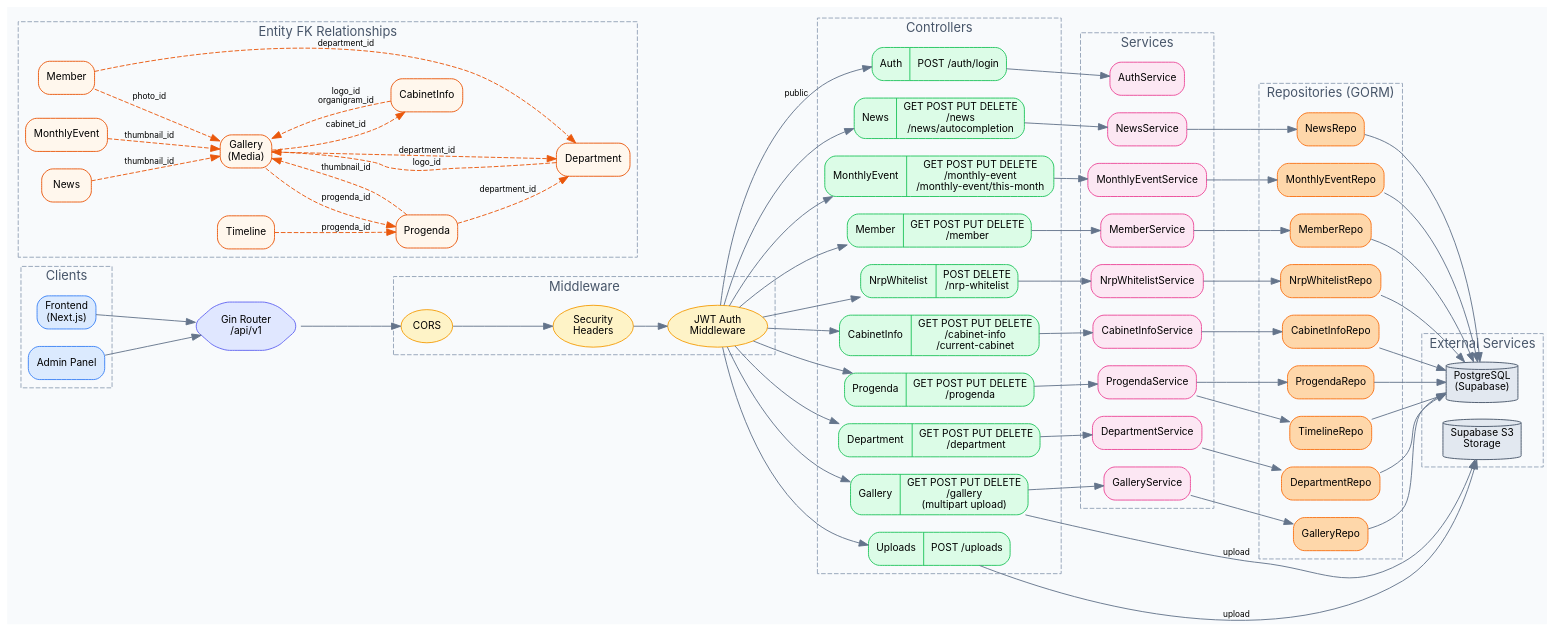
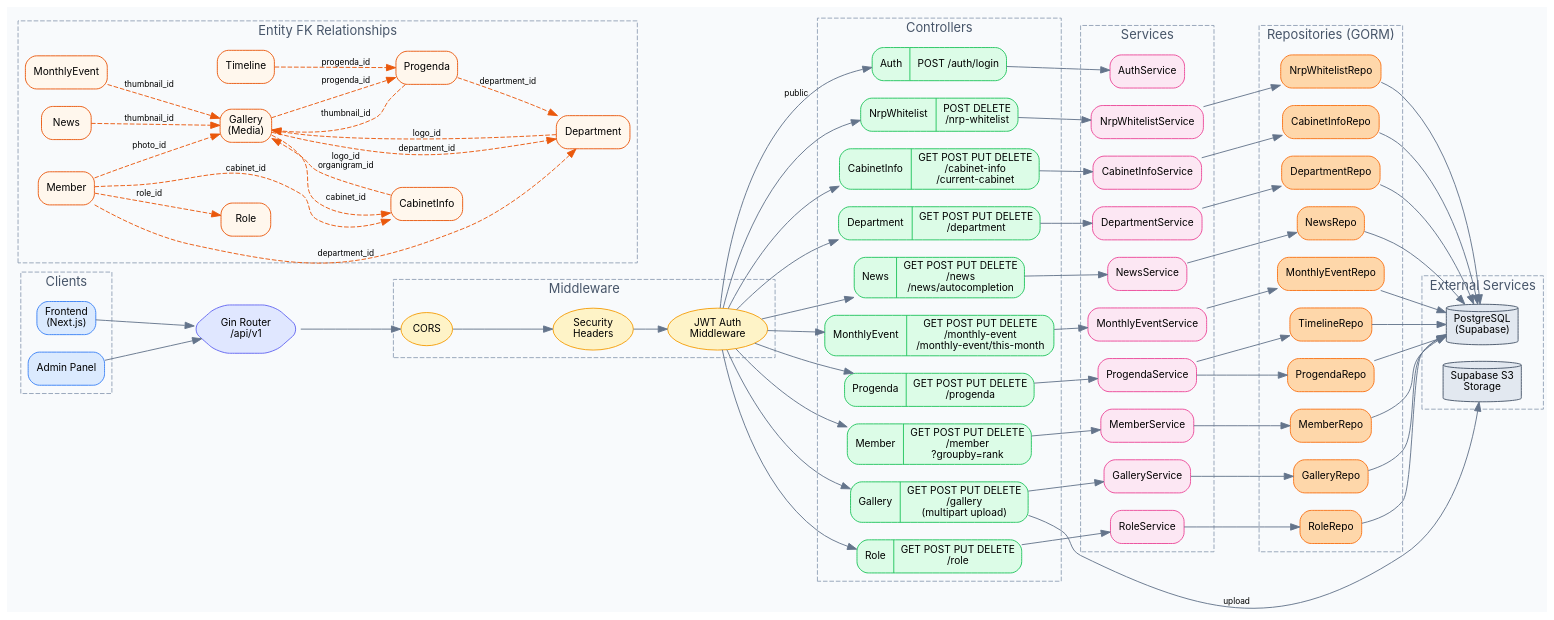
Before and after one commit to HIMASAKTA-DEV/himasakta-backend: the diagram in docs/api_flow.dot, drawn with Graphviz. The commit also changed 24 other files, not shown here.

```diff
--- a/docs/api_flow.dot
+++ b/docs/api_flow.dot
@@ -1,184 +1,191 @@
 digraph himasakta_api {
     rankdir=LR;
     bgcolor="#f8fafc";
     fontname="Inter";
     node [fontname="Inter", fontsize=11, style="filled,rounded", shape=record];
     edge [fontname="Inter", fontsize=9, color="#64748b"];
 
     // ── Clients ──
     subgraph cluster_clients {
         label="Clients";
         style="dashed";
         color="#94a3b8";
         fontcolor="#475569";
         
         frontend [label="Frontend\n(Next.js)", fillcolor="#dbeafe", color="#3b82f6"];
         admin [label="Admin Panel", fillcolor="#dbeafe", color="#3b82f6"];
     }
 
     // ── Middleware ──
     subgraph cluster_middleware {
         label="Middleware";
         style="dashed";
         color="#94a3b8";
         fontcolor="#475569";
 
         cors [label="CORS", fillcolor="#fef3c7", color="#f59e0b", shape=ellipse];
         auth_mw [label="JWT Auth\nMiddleware", fillcolor="#fef3c7", color="#f59e0b", shape=ellipse];
         security [label="Security\nHeaders", fillcolor="#fef3c7", color="#f59e0b", shape=ellipse];
     }
 
     // ── Router (Gin) ──
     router [label="Gin Router\n/api/v1", fillcolor="#e0e7ff", color="#6366f1", shape=hexagon];
 
     // ── Controllers ──
     subgraph cluster_controllers {
         label="Controllers";
         style="dashed";
         color="#94a3b8";
         fontcolor="#475569";
 
         auth_ctrl [label="{Auth|POST /auth/login}", fillcolor="#dcfce7", color="#22c55e"];
         cabinet_ctrl [label="{CabinetInfo|GET POST PUT DELETE\n/cabinet-info\n/current-cabinet}", fillcolor="#dcfce7", color="#22c55e"];
         dept_ctrl [label="{Department|GET POST PUT DELETE\n/department}", fillcolor="#dcfce7", color="#22c55e"];
         news_ctrl [label="{News|GET POST PUT DELETE\n/news\n/news/autocompletion}", fillcolor="#dcfce7", color="#22c55e"];
         monthly_ctrl [label="{MonthlyEvent|GET POST PUT DELETE\n/monthly-event\n/monthly-event/this-month}", fillcolor="#dcfce7", color="#22c55e"];
         progenda_ctrl [label="{Progenda|GET POST PUT DELETE\n/progenda}", fillcolor="#dcfce7", color="#22c55e"];
         gallery_ctrl [label="{Gallery|GET POST PUT DELETE\n/gallery\n(multipart upload)}", fillcolor="#dcfce7", color="#22c55e"];
-        member_ctrl [label="{Member|GET POST PUT DELETE\n/member}", fillcolor="#dcfce7", color="#22c55e"];
+        member_ctrl [label="{Member|GET POST PUT DELETE\n/member\n?groupby=rank}", fillcolor="#dcfce7", color="#22c55e"];
+        role_ctrl [label="{Role|GET POST PUT DELETE\n/role}", fillcolor="#dcfce7", color="#22c55e"];
         nrp_ctrl [label="{NrpWhitelist|POST DELETE\n/nrp-whitelist}", fillcolor="#dcfce7", color="#22c55e"];
-        upload_ctrl [label="{Uploads|POST /uploads}", fillcolor="#dcfce7", color="#22c55e"];
     }
 
     // ── Services ──
     subgraph cluster_services {
         label="Services";
         style="dashed";
         color="#94a3b8";
         fontcolor="#475569";
 
         auth_svc [label="AuthService", fillcolor="#fce7f3", color="#ec4899"];
         cabinet_svc [label="CabinetInfoService", fillcolor="#fce7f3", color="#ec4899"];
         dept_svc [label="DepartmentService", fillcolor="#fce7f3", color="#ec4899"];
         news_svc [label="NewsService", fillcolor="#fce7f3", color="#ec4899"];
         monthly_svc [label="MonthlyEventService", fillcolor="#fce7f3", color="#ec4899"];
         progenda_svc [label="ProgendaService", fillcolor="#fce7f3", color="#ec4899"];
         gallery_svc [label="GalleryService", fillcolor="#fce7f3", color="#ec4899"];
         member_svc [label="MemberService", fillcolor="#fce7f3", color="#ec4899"];
+        role_svc [label="RoleService", fillcolor="#fce7f3", color="#ec4899"];
         nrp_svc [label="NrpWhitelistService", fillcolor="#fce7f3", color="#ec4899"];
     }
 
     // ── Repositories ──
     subgraph cluster_repos {
         label="Repositories (GORM)";
         style="dashed";
         color="#94a3b8";
         fontcolor="#475569";
 
         cabinet_repo [label="CabinetInfoRepo", fillcolor="#fed7aa", color="#f97316"];
         dept_repo [label="DepartmentRepo", fillcolor="#fed7aa", color="#f97316"];
         news_repo [label="NewsRepo", fillcolor="#fed7aa", color="#f97316"];
         monthly_repo [label="MonthlyEventRepo", fillcolor="#fed7aa", color="#f97316"];
         progenda_repo [label="ProgendaRepo", fillcolor="#fed7aa", color="#f97316"];
         timeline_repo [label="TimelineRepo", fillcolor="#fed7aa", color="#f97316"];
         gallery_repo [label="GalleryRepo", fillcolor="#fed7aa", color="#f97316"];
         member_repo [label="MemberRepo", fillcolor="#fed7aa", color="#f97316"];
+        role_repo [label="RoleRepo", fillcolor="#fed7aa", color="#f97316"];
         nrp_repo [label="NrpWhitelistRepo", fillcolor="#fed7aa", color="#f97316"];
     }
 
     // ── External ──
     subgraph cluster_external {
         label="External Services";
         style="dashed";
         color="#94a3b8";
         fontcolor="#475569";
 
         postgres [label="PostgreSQL\n(Supabase)", fillcolor="#e2e8f0", color="#475569", shape=cylinder];
         s3 [label="Supabase S3\nStorage", fillcolor="#e2e8f0", color="#475569", shape=cylinder];
     }
 
     // ── Entity Relationships ──
     subgraph cluster_entities {
         label="Entity FK Relationships";
         style="dashed";
         color="#94a3b8";
         fontcolor="#475569";
 
         e_gallery [label="Gallery\n(Media)", fillcolor="#fff7ed", color="#ea580c"];
         e_cabinet [label="CabinetInfo", fillcolor="#fff7ed", color="#ea580c"];
+        e_role [label="Role", fillcolor="#fff7ed", color="#ea580c"];
         e_dept [label="Department", fillcolor="#fff7ed", color="#ea580c"];
         e_news [label="News", fillcolor="#fff7ed", color="#ea580c"];
         e_monthly [label="MonthlyEvent", fillcolor="#fff7ed", color="#ea580c"];
         e_progenda [label="Progenda", fillcolor="#fff7ed", color="#ea580c"];
         e_member [label="Member", fillcolor="#fff7ed", color="#ea580c"];
         e_timeline [label="Timeline", fillcolor="#fff7ed", color="#ea580c"];
     }
 
     // ── Client → Router ──
     frontend -> router;
     admin -> router;
 
     // ── Router → Middleware → Controllers ──
     router -> cors -> security -> auth_mw;
     auth_mw -> auth_ctrl [label="public"];
     auth_mw -> cabinet_ctrl;
     auth_mw -> dept_ctrl;
     auth_mw -> news_ctrl;
     auth_mw -> monthly_ctrl;
     auth_mw -> progenda_ctrl;
     auth_mw -> gallery_ctrl;
     auth_mw -> member_ctrl;
+    auth_mw -> role_ctrl;
     auth_mw -> nrp_ctrl;
-    auth_mw -> upload_ctrl;
 
     // ── Controller → Service ──
     auth_ctrl -> auth_svc;
     cabinet_ctrl -> cabinet_svc;
     dept_ctrl -> dept_svc;
     news_ctrl -> news_svc;
     monthly_ctrl -> monthly_svc;
     progenda_ctrl -> progenda_svc;
     gallery_ctrl -> gallery_svc;
     member_ctrl -> member_svc;
+    role_ctrl -> role_svc;
     nrp_ctrl -> nrp_svc;
 
     // ── Service → Repo ──
     cabinet_svc -> cabinet_repo;
     dept_svc -> dept_repo;
     news_svc -> news_repo;
     monthly_svc -> monthly_repo;
     progenda_svc -> progenda_repo;
     progenda_svc -> timeline_repo;
     gallery_svc -> gallery_repo;
     member_svc -> member_repo;
+    role_svc -> role_repo;
     nrp_svc -> nrp_repo;
 
     // ── Repo → DB ──
     cabinet_repo -> postgres;
     dept_repo -> postgres;
     news_repo -> postgres;
     monthly_repo -> postgres;
     progenda_repo -> postgres;
     timeline_repo -> postgres;
     gallery_repo -> postgres;
     member_repo -> postgres;
+    role_repo -> postgres;
     nrp_repo -> postgres;
 
     // ── S3 connections ──
     gallery_ctrl -> s3 [label="upload"];
-    upload_ctrl -> s3 [label="upload"];
 
     // ── Entity FK relationships ──
     e_news -> e_gallery [label="thumbnail_id", style=dashed, color="#ea580c"];
     e_monthly -> e_gallery [label="thumbnail_id", style=dashed, color="#ea580c"];
     e_progenda -> e_gallery [label="thumbnail_id", style=dashed, color="#ea580c"];
     e_dept -> e_gallery [label="logo_id", style=dashed, color="#ea580c"];
     e_cabinet -> e_gallery [label="logo_id\norganigram_id", style=dashed, color="#ea580c"];
     e_member -> e_gallery [label="photo_id", style=dashed, color="#ea580c"];
     e_member -> e_dept [label="department_id", style=dashed, color="#ea580c"];
+    e_member -> e_role [label="role_id", style=dashed, color="#ea580c"];
+    e_member -> e_cabinet [label="cabinet_id", style=dashed, color="#ea580c"];
     e_progenda -> e_dept [label="department_id", style=dashed, color="#ea580c"];
     e_timeline -> e_progenda [label="progenda_id", style=dashed, color="#ea580c"];
     e_gallery -> e_dept [label="department_id", style=dashed, color="#ea580c"];
     e_gallery -> e_progenda [label="progenda_id", style=dashed, color="#ea580c"];
     e_gallery -> e_cabinet [label="cabinet_id", style=dashed, color="#ea580c"];
 }
```
